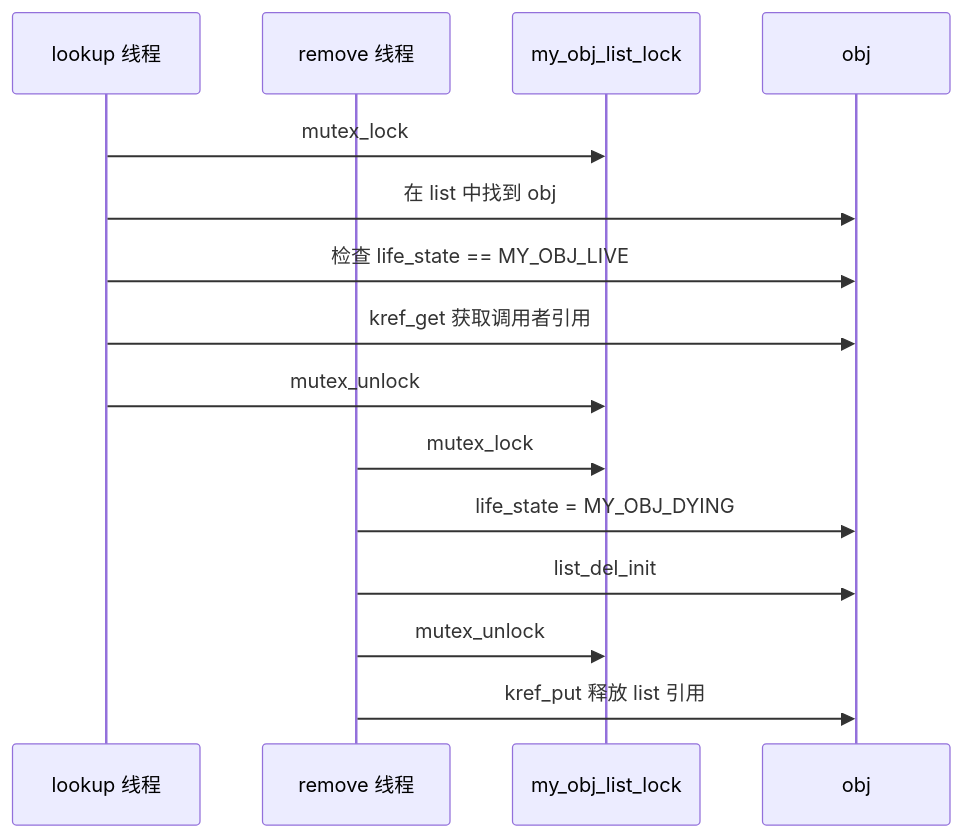
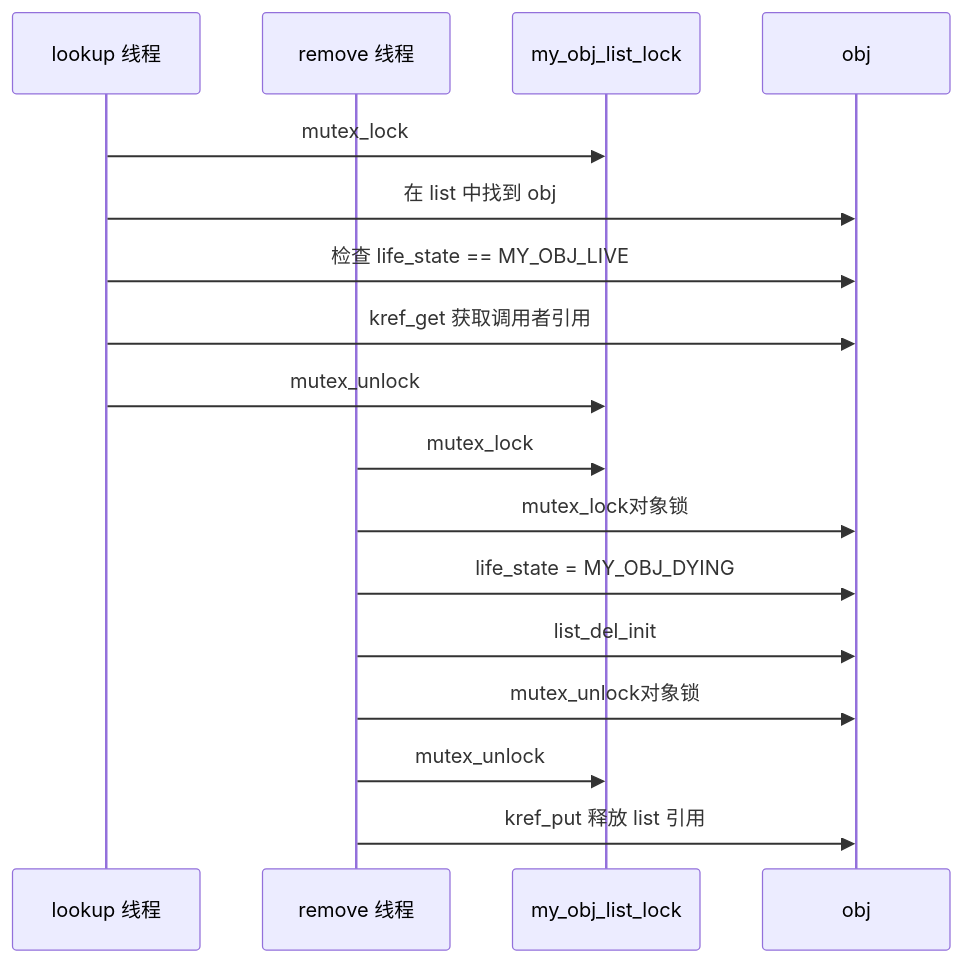
One commit to FormingSystem/linux_note changed the sixth of 9 diagrams in knowledge/linux/object_lifetime/kref/P09_kref_与锁的组合.md. Above: the diagram before and after it, drawn with Mermaid. The commit also changed other lines of this file and 10 other files, not shown here.

````diff
--- a/knowledge/linux/object_lifetime/kref/P09_kref_与锁的组合.md
+++ b/knowledge/linux/object_lifetime/kref/P09_kref_与锁的组合.md
@@ -1084,19 +1111,21 @@
 ```mermaid
 sequenceDiagram
     participant L as lookup 线程
     participant R as remove 线程
     participant Lock as my_obj_list_lock
     participant Obj as obj
 
     L->>Lock: mutex_lock
     L->>Obj: 在 list 中找到 obj
     L->>Obj: 检查 life_state == MY_OBJ_LIVE
     L->>Obj: kref_get 获取调用者引用
     L->>Lock: mutex_unlock
 
     R->>Lock: mutex_lock
+    R->>Obj: mutex_lock对象锁
     R->>Obj: life_state = MY_OBJ_DYING
     R->>Obj: list_del_init
+    R->>Obj: mutex_unlock对象锁
     R->>Lock: mutex_unlock
     R->>Obj: kref_put 释放 list 引用
 ```
````
